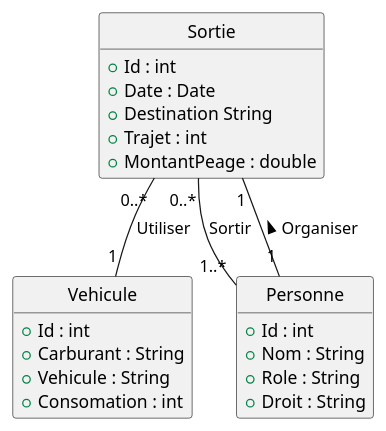
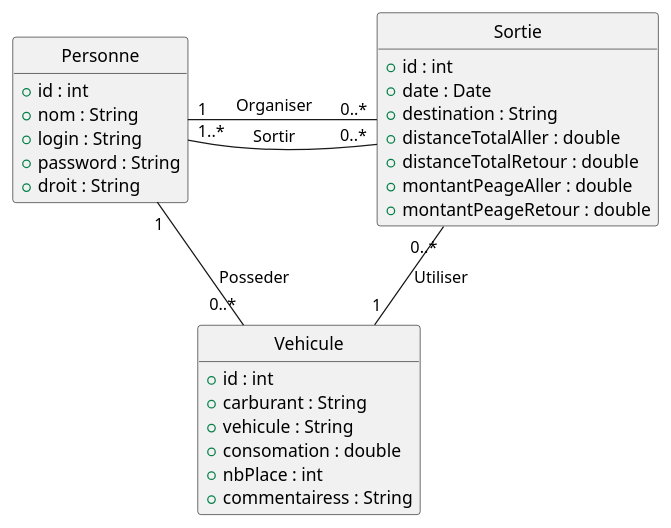
Before and after one commit to BanProg23/apsio-uml: the diagram in src/DC-travel.puml, drawn with PlantUML. The commit also changed 4 other files, not shown here.

```diff
--- a/src/DC-travel.puml
+++ b/src/DC-travel.puml
@@ -1,32 +1,38 @@
 @startuml
 	
 	hide circles
 	hide methods
 	
 	class Sortie {
-		+ Id : int
-		+ Date : Date
-		+ Destination String
-		+ Trajet : int
-		+ MontantPeage : double
+		+ id : int
+		+ date : Date
+		+ destination : String
+		+ distanceTotalAller : double
+		+ distanceTotalRetour : double
+		+ montantPeageAller : double
+		+ montantPeageRetour : double			
 	}
 	
 	class Vehicule {
-		+ Id : int
-		+ Carburant : String
-		+ Vehicule : String
-		+ Consomation : int
+		+ id : int
+		+ carburant : String
+		+ vehicule : String
+		+ consomation : double
+		+ nbPlace : int
+		+ commentairess : String
 	}
 	
 	class Personne {
-		+ Id : int
-		+ Nom : String
-		+ Role : String
-		+ Droit : String
+		+ id : int
+		+ nom : String
+		+ login : String
+		+ password : String
+		+ droit : String
 	}
 	
 	Sortie "0..*"--"1" Vehicule : Utiliser
-	Sortie "0..*"--"1..*" Personne : Sortir
-	Personne "1"--"1" Sortie : > Organiser
+	Sortie "0..*"-l-"1..*" Personne : "    Sortir        "
+	Personne "1"-r-"0..*" Sortie : "      Organiser          "
+	Personne "1"--"0..*" Vehicule : "Posseder"
 	
 @enduml
```
